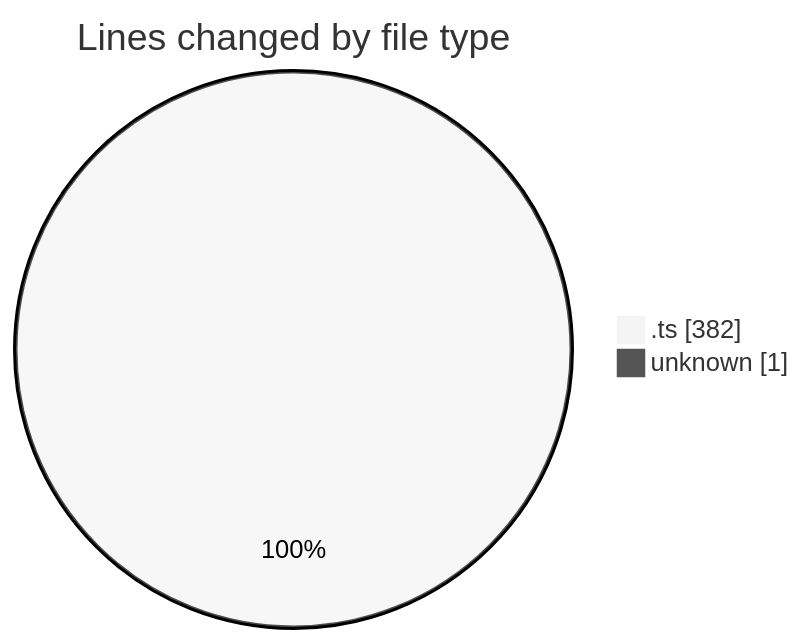
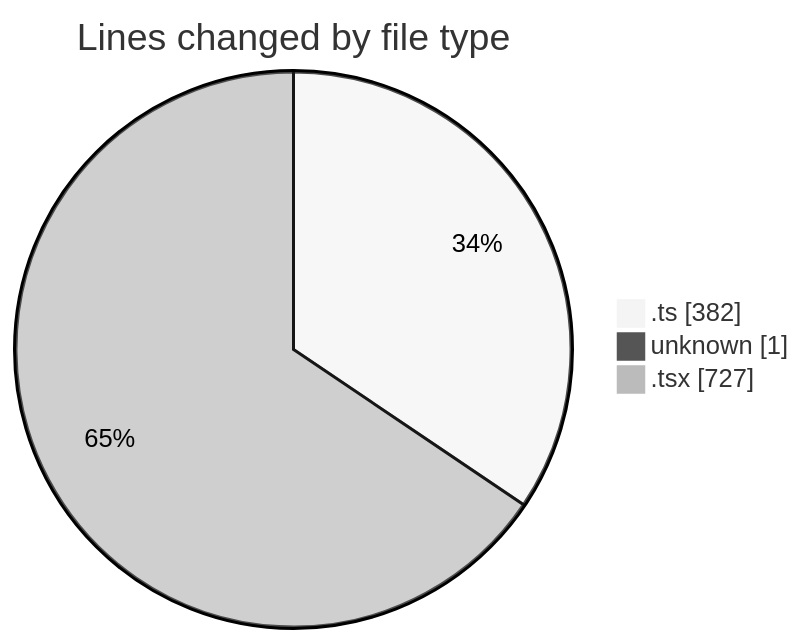
One commit to robertbonfada/code-tracking changed the first of 2 diagrams in 2025-02-17/mbc-web/README.md. Above: the diagram before and after it, drawn with Mermaid (neutral theme). The commit also changed other lines of this file and 1 other file, not shown here.

````diff
--- a/2025-02-17/mbc-web/README.md
+++ b/2025-02-17/mbc-web/README.md
@@ -24,6 +26,7 @@
 ```mermaid
 pie showData
 title Lines changed by file type
 ".ts" : 382
 "unknown" : 1
+".tsx" : 727
 ```
````
